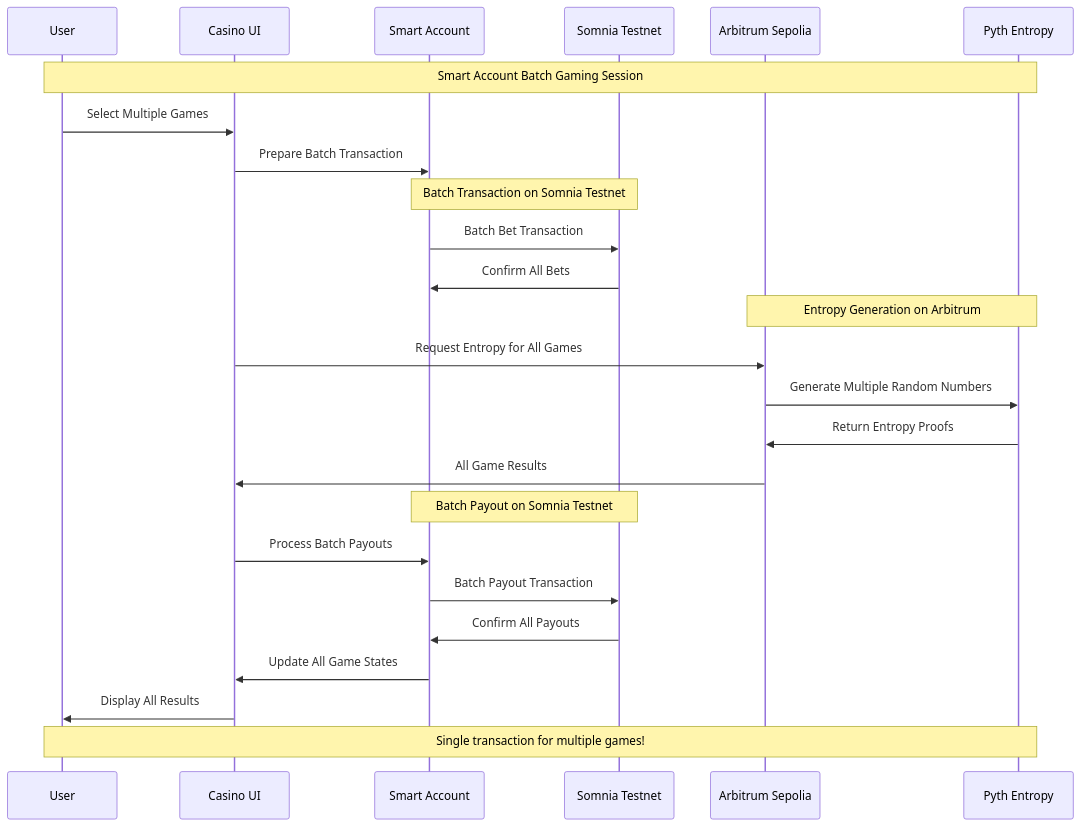
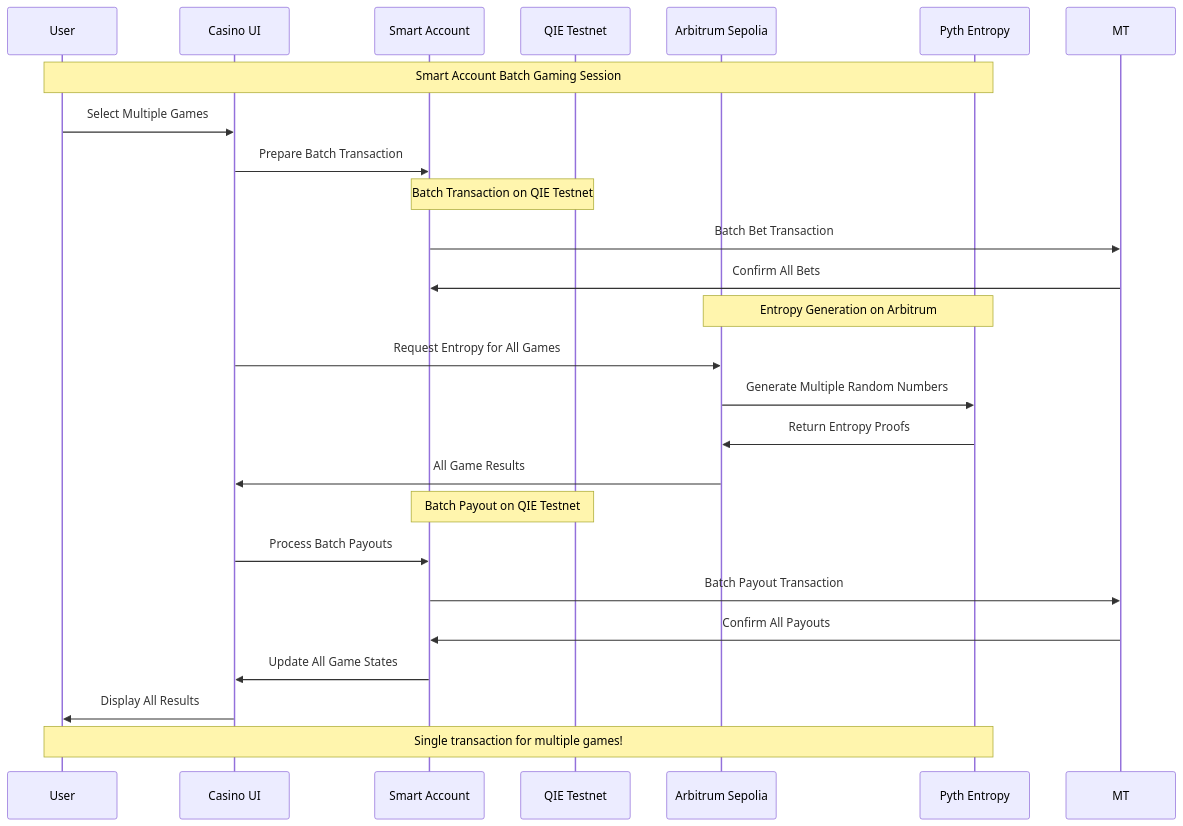
The eighth of 12 diagrams in README.md (AmaanSayyad/APT-Casino-QIE), drawn with Mermaid before and after one commit. The commit also changed other lines of this file, not shown here.

````diff
--- a/README.md
+++ b/README.md
@@ -504,34 +504,34 @@
 ```mermaid
 sequenceDiagram
     participant U as User
     participant UI as Casino UI
     participant SA as Smart Account
-    participant MT as Somnia Testnet
+    participant QIE as QIE Testnet
     participant AS as Arbitrum Sepolia
     participant PE as Pyth Entropy
     
     Note over U,PE: Smart Account Batch Gaming Session
     
     U->>UI: Select Multiple Games
     UI->>SA: Prepare Batch Transaction
     
-    Note over SA,MT: Batch Transaction on Somnia Testnet
+    Note over SA,QIE: Batch Transaction on QIE Testnet
     SA->>MT: Batch Bet Transaction
     MT->>SA: Confirm All Bets
     
     Note over AS,PE: Entropy Generation on Arbitrum
     UI->>AS: Request Entropy for All Games
     AS->>PE: Generate Multiple Random Numbers
     PE->>AS: Return Entropy Proofs
     AS->>UI: All Game Results
     
-    Note over SA,MT: Batch Payout on Somnia Testnet
+    Note over SA,QIE: Batch Payout on QIE Testnet
     UI->>SA: Process Batch Payouts
     SA->>MT: Batch Payout Transaction
     MT->>SA: Confirm All Payouts
     
     SA->>UI: Update All Game States
     UI->>U: Display All Results
     
     Note over U,PE: Single transaction for multiple games!
 ```
````
